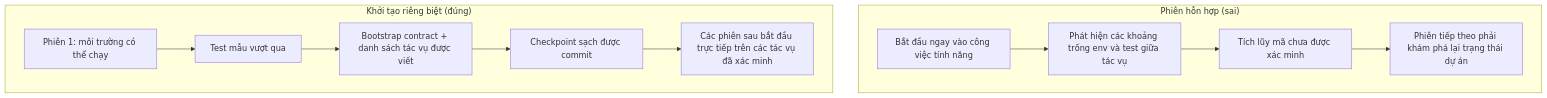
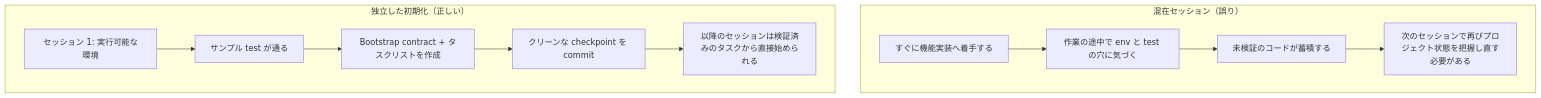
The diagram in docs/vi/lectures/lecture-06-why-initialization-needs-its-own-phase/index.md (mkusaka/learn-harness-engineering), drawn with Mermaid before and after one commit. The commit also changed other lines of this file and 571 other files, not shown here.

````diff
--- a/docs/vi/lectures/lecture-06-why-initialization-needs-its-own-phase/index.md
+++ b/docs/vi/lectures/lecture-06-why-initialization-needs-its-own-phase/index.md
@@ -22,15 +22,15 @@
 ```mermaid
 flowchart TB
-    subgraph Wrong["Phiên hỗn hợp (sai)"]
-        W1["Bắt đầu ngay vào công việc tính năng"] --> W2["Phát hiện các khoảng trống env và test giữa tác vụ"]
-        W2 --> W3["Tích lũy mã chưa được xác minh"]
-        W3 --> W4["Phiên tiếp theo phải khám phá lại trạng thái dự án"]
+    subgraph Wrong["混在セッション（誤り）"]
+        W1["すぐに機能実装へ着手する"] --> W2["作業の途中で env と test の穴に気づく"]
+        W2 --> W3["未検証のコードが蓄積する"]
+        W3 --> W4["次のセッションで再びプロジェクト状態を把握し直す必要がある"]
     end
 
-    subgraph Right["Khởi tạo riêng biệt (đúng)"]
-        R1["Phiên 1: môi trường có thể chạy"] --> R2["Test mẫu vượt qua"]
-        R2 --> R3["Bootstrap contract + danh sách tác vụ được viết"]
-        R3 --> R4["Checkpoint sạch được commit"]
-        R4 --> R5["Các phiên sau bắt đầu trực tiếp trên các tác vụ đã xác minh"]
+    subgraph Right["独立した初期化（正しい）"]
+        R1["セッション 1: 実行可能な環境"] --> R2["サンプル test が通る"]
+        R2 --> R3["Bootstrap contract + タスクリストを作成"]
+        R3 --> R4["クリーンな checkpoint を commit"]
+        R4 --> R5["以降のセッションは検証済みのタスクから直接始められる"]
     end
 ```
````
